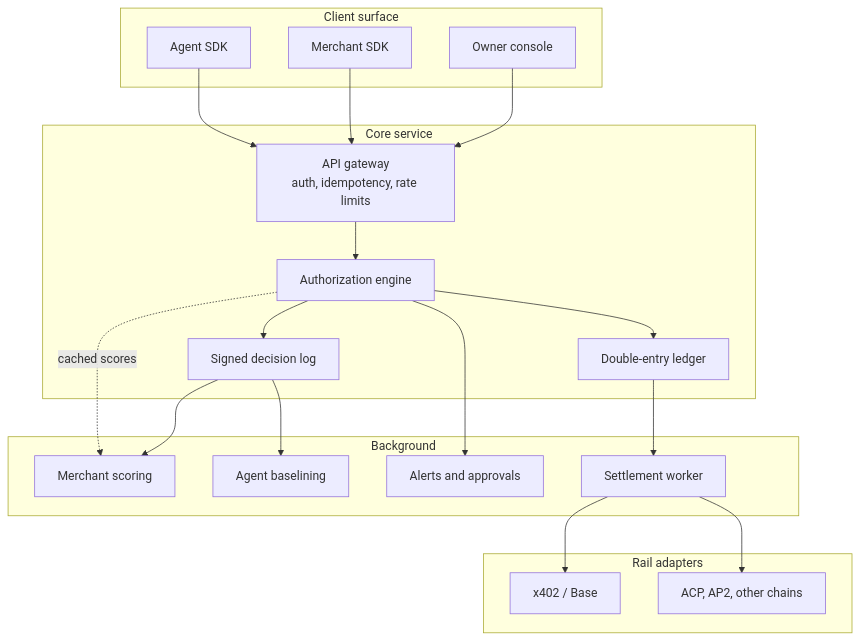
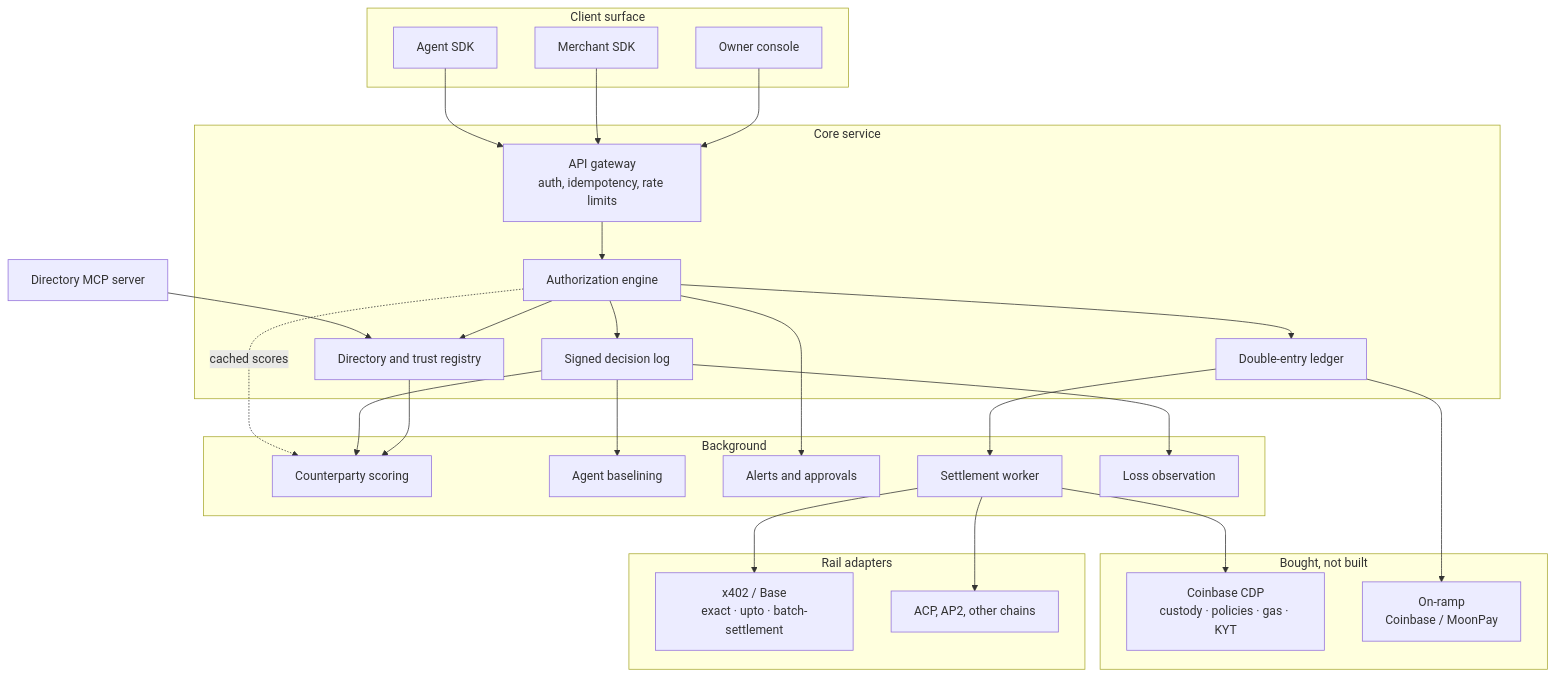
One commit to CleargateFinance/cleargate-core changed the third of 5 diagrams in docs/cleargate-finance-whitepaper.md. Above: the diagram before and after it, drawn with Mermaid. The commit also changed other lines of this file and 1 other file, not shown here.

````diff
--- a/docs/cleargate-finance-whitepaper.md
+++ b/docs/cleargate-finance-whitepaper.md
@@ -395,41 +470,54 @@
 ```mermaid
 flowchart TB
     subgraph client["Client surface"]
         SDK["Agent SDK"]
         MER["Merchant SDK"]
         CON["Owner console"]
     end
 
     subgraph core["Core service"]
         GW["API gateway<br/>auth, idempotency, rate limits"]
         ENG["Authorization engine"]
         LED["Double-entry ledger"]
         LOG["Signed decision log"]
+        DIR["Directory and trust registry"]
     end
 
     subgraph offline["Background"]
-        RISK["Merchant scoring"]
+        RISK["Counterparty scoring"]
         BASE["Agent baselining"]
         NOTIF["Alerts and approvals"]
         SETTLE["Settlement worker"]
+        LOSS["Loss observation"]
     end
 
     subgraph rails["Rail adapters"]
-        X["x402 / Base"]
+        X["x402 / Base<br/>exact · upto · batch-settlement"]
         FUTURE["ACP, AP2, other chains"]
+    end
+
+    subgraph ext["Bought, not built"]
+        CDP["Coinbase CDP<br/>custody · policies · gas · KYT"]
+        RAMP["On-ramp<br/>Coinbase / MoonPay"]
     end
 
     SDK --> GW
     MER --> GW
     CON --> GW
+    MCP["Directory MCP server"] --> DIR
     GW --> ENG
     ENG --> LED
     ENG --> LOG
+    ENG --> DIR
     ENG -.cached scores.-> RISK
     LOG --> RISK
     LOG --> BASE
+    LOG --> LOSS
+    DIR --> RISK
     ENG --> NOTIF
     LED --> SETTLE
     SETTLE --> X
     SETTLE --> FUTURE
+    SETTLE --> CDP
+    LED --> RAMP
 ```
````
